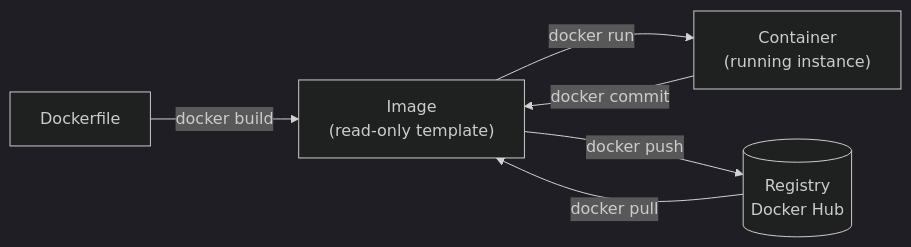
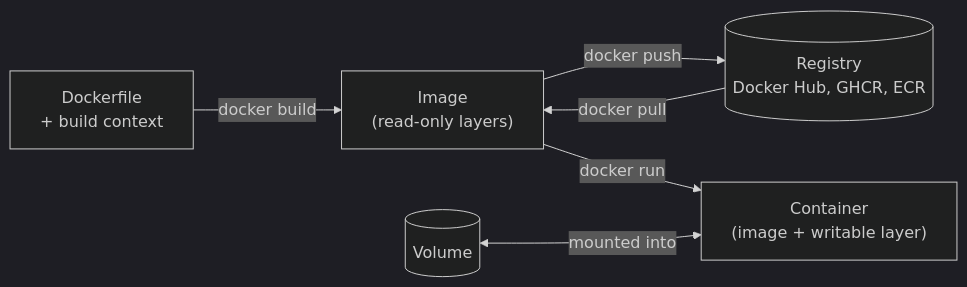
One commit to AndrewAltimit/Documentation changed the first of 2 diagrams in github-pages/docs/technology/docker-essentials.md. Above: the diagram before and after it, drawn with Mermaid (dark theme). The commit also changed other lines of this file and 240 other files, not shown here.

````diff
--- a/github-pages/docs/technology/docker-essentials.md
+++ b/github-pages/docs/technology/docker-essentials.md
@@ -31,8 +19,8 @@
 ```mermaid
 flowchart LR
-    DF["Dockerfile"] -->|docker build| IMG["Image<br/>(read-only template)"]
-    IMG -->|docker run| CON["Container<br/>(running instance)"]
-    REG[("Registry<br/>Docker Hub")] -->|docker pull| IMG
+    DF["Dockerfile<br/>+ build context"] -->|docker build| IMG["Image<br/>(read-only layers)"]
+    REG[("Registry<br/>Docker Hub, GHCR, ECR")] -->|docker pull| IMG
     IMG -->|docker push| REG
-    CON -->|docker commit| IMG
+    IMG -->|docker run| CON["Container<br/>(image + writable layer)"]
+    VOL[("Volume")] <-->|mounted into| CON
 ```
````
